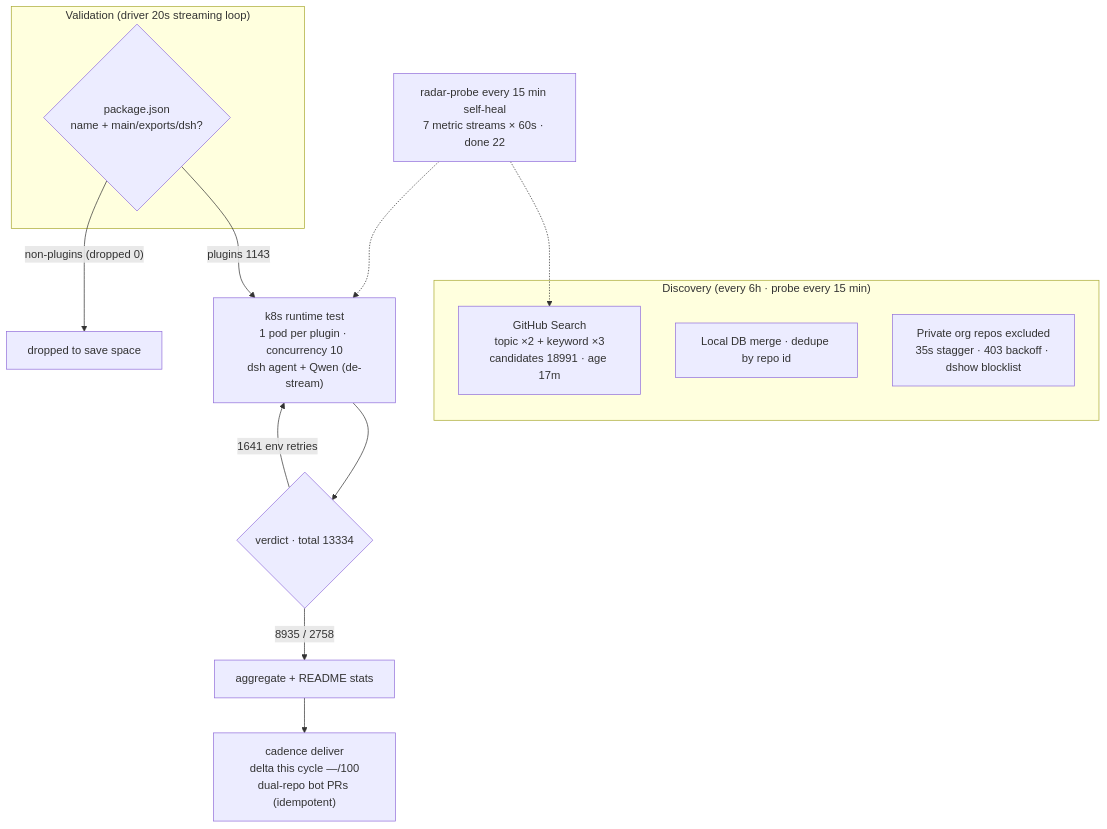
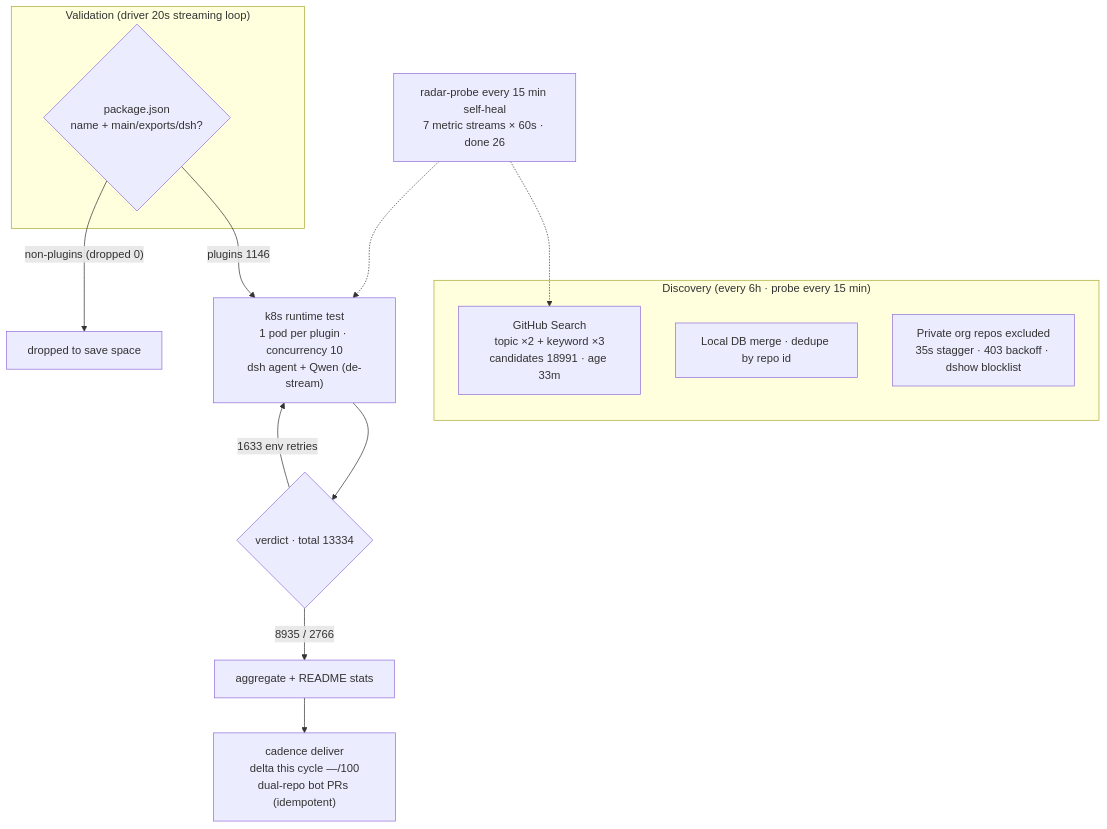
The diagram in README.en-US.md (AdamPlatin123/dsh-plugin-radar), drawn with Mermaid before and after one commit. The commit also changed other lines of this file and 12 other files, not shown here.

````diff
--- a/README.en-US.md
+++ b/README.en-US.md
@@ -45,20 +45,20 @@
 ```mermaid
 flowchart TB
     subgraph Discovery["Discovery (every 6h · probe every 15 min)"]
-        A1["GitHub Search<br/>topic ×2 + keyword ×3<br/>candidates 18991 · age 17m"]
+        A1["GitHub Search<br/>topic ×2 + keyword ×3<br/>candidates 18991 · age 33m"]
         A2["Local DB merge · dedupe by repo id"]
         A3["Private org repos excluded<br/>35s stagger · 403 backoff · dshow blocklist"]
     end
     subgraph Validation["Validation (driver 20s streaming loop)"]
         B1{"package.json<br/>name + main/exports/dsh?"}
     end
-    B1 -->|"plugins 1143"| C1["k8s runtime test<br/>1 pod per plugin · concurrency 10<br/>dsh agent + Qwen (de-stream)"]
+    B1 -->|"plugins 1146"| C1["k8s runtime test<br/>1 pod per plugin · concurrency 10<br/>dsh agent + Qwen (de-stream)"]
     B1 -->|"non-plugins (dropped 0)"| B3["dropped to save space"]
     C1 --> D1{"verdict · total 13334"}
-    D1 -->|"8935 / 2758"| E1["aggregate + README stats"]
-    D1 -->|"1641 env retries"| C1
+    D1 -->|"8935 / 2766"| E1["aggregate + README stats"]
+    D1 -->|"1633 env retries"| C1
     E1 --> E2["cadence deliver<br/>delta this cycle —/100<br/>dual-repo bot PRs (idempotent)"]
-    M["radar-probe every 15 min self-heal<br/>7 metric streams × 60s · done 22"]
+    M["radar-probe every 15 min self-heal<br/>7 metric streams × 60s · done 26"]
     M -.-> A1
     M -.-> C1
 ```
````
